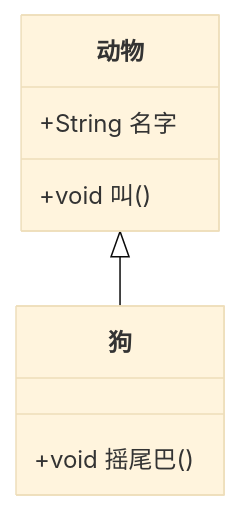
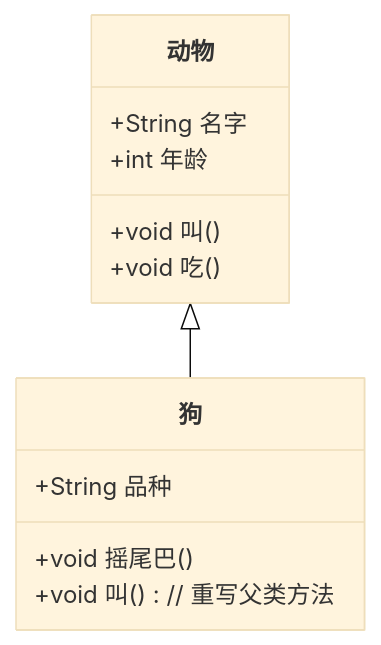
The fifth of 6 diagrams in src/site/notes/00 Test/graph_mermaid(md).md (kumoriri/my-digital-garden), drawn with Mermaid (base theme) before and after one commit. The commit also changed other lines of this file and 1 other file, not shown here.

Commit message:
Published multiple files

````diff
--- a/src/site/notes/00 Test/graph_mermaid(md).md
+++ b/src/site/notes/00 Test/graph_mermaid(md).md
@@ -39,11 +39,15 @@
 ```mermaid
 classDiagram
     class 动物 {
         +String 名字
+        +int 年龄
         +void 叫()
+        +void 吃()
     }
     class 狗 {
+        +String 品种
         +void 摇尾巴()
+        +void 叫()  // 重写父类方法
     }
     动物 <|-- 狗
 ```
````
